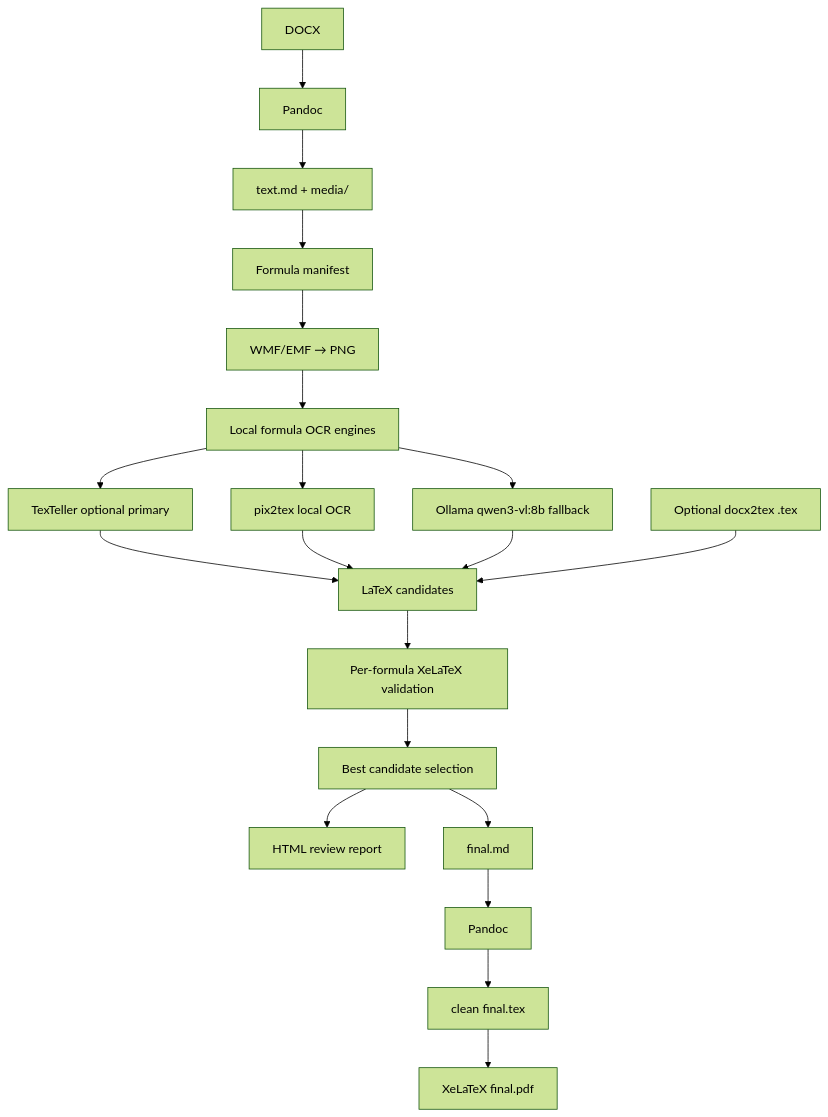
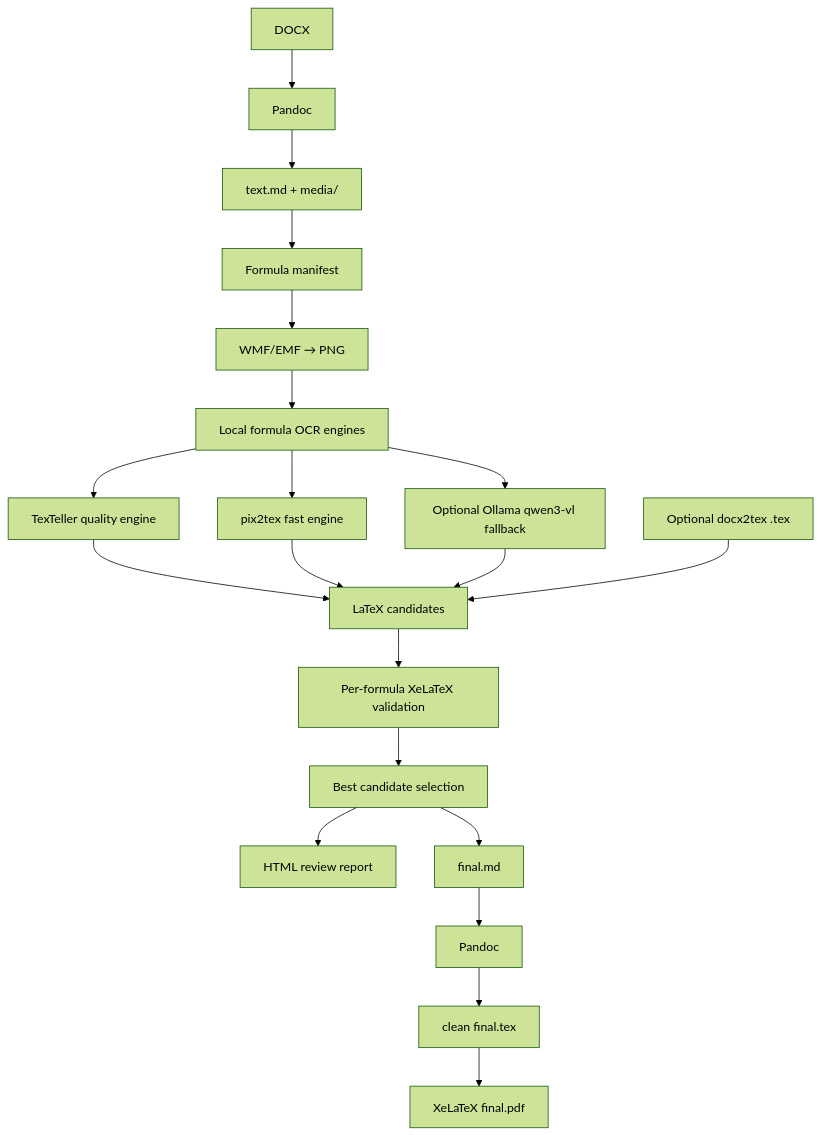
One commit to gerageragera39/dotex changed the diagram in README.md. Above: the diagram before and after it, drawn with Mermaid (forest theme). The commit also changed other lines of this file and 2 other files, not shown here.

````diff
--- a/README.md
+++ b/README.md
@@ -86,22 +89,22 @@
 ```mermaid
 flowchart TD
     A[DOCX] --> B[Pandoc]
     B --> C[text.md + media/]
     C --> D[Formula manifest]
     D --> E[WMF/EMF → PNG]
     E --> F[Local formula OCR engines]
-    F --> F1[TexTeller optional primary]
-    F --> F2[pix2tex local OCR]
-    F --> F3[Ollama qwen3-vl:8b fallback]
+    F --> F1[TexTeller quality engine]
+    F --> F2[pix2tex fast engine]
+    F --> F3[Optional Ollama qwen3-vl fallback]
     F1 --> G[LaTeX candidates]
     F2 --> G
     F3 --> G
     H[Optional docx2tex .tex] --> G
     G --> I[Per-formula XeLaTeX validation]
     I --> J[Best candidate selection]
     J --> K[HTML review report]
     J --> L[final.md]
     L --> M[Pandoc]
     M --> N[clean final.tex]
     N --> O[XeLaTeX final.pdf]
 ```
````
